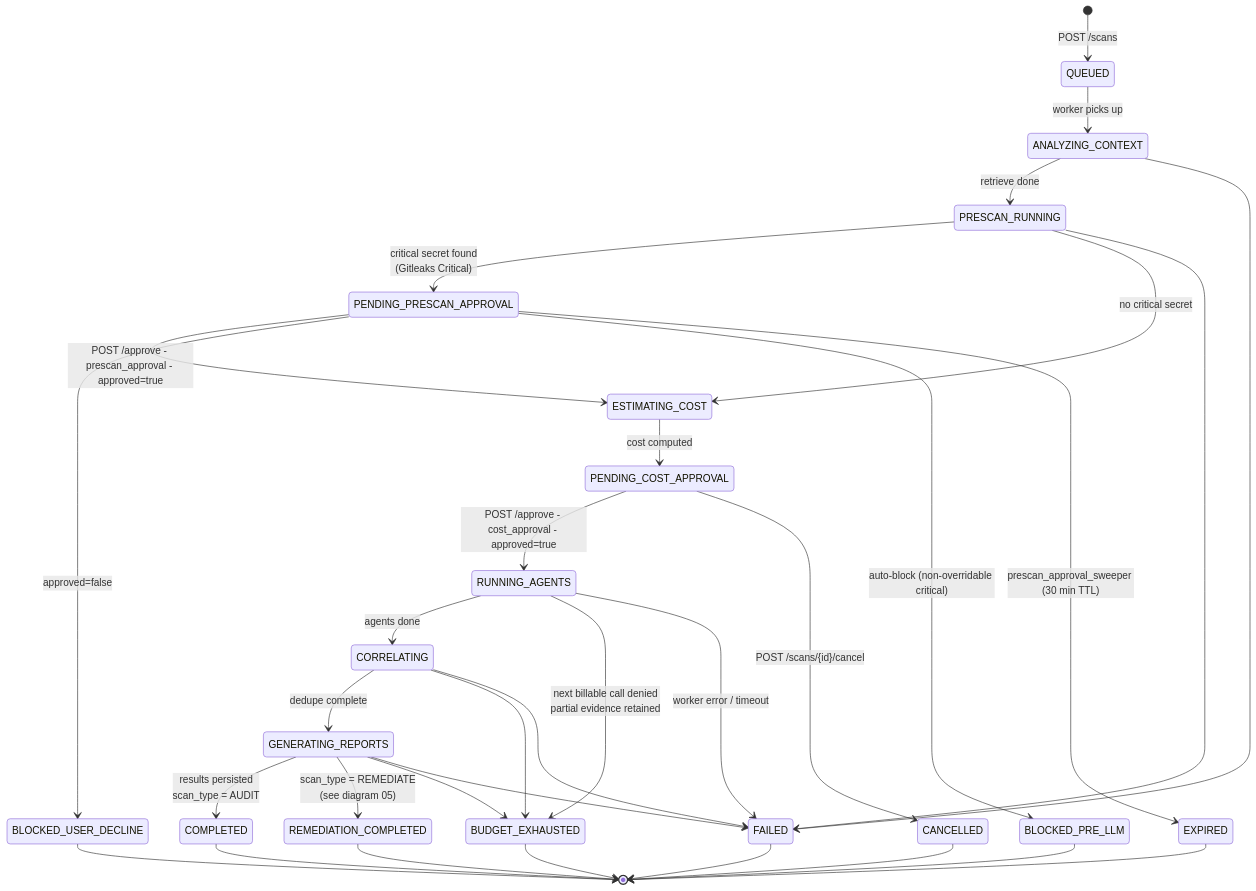
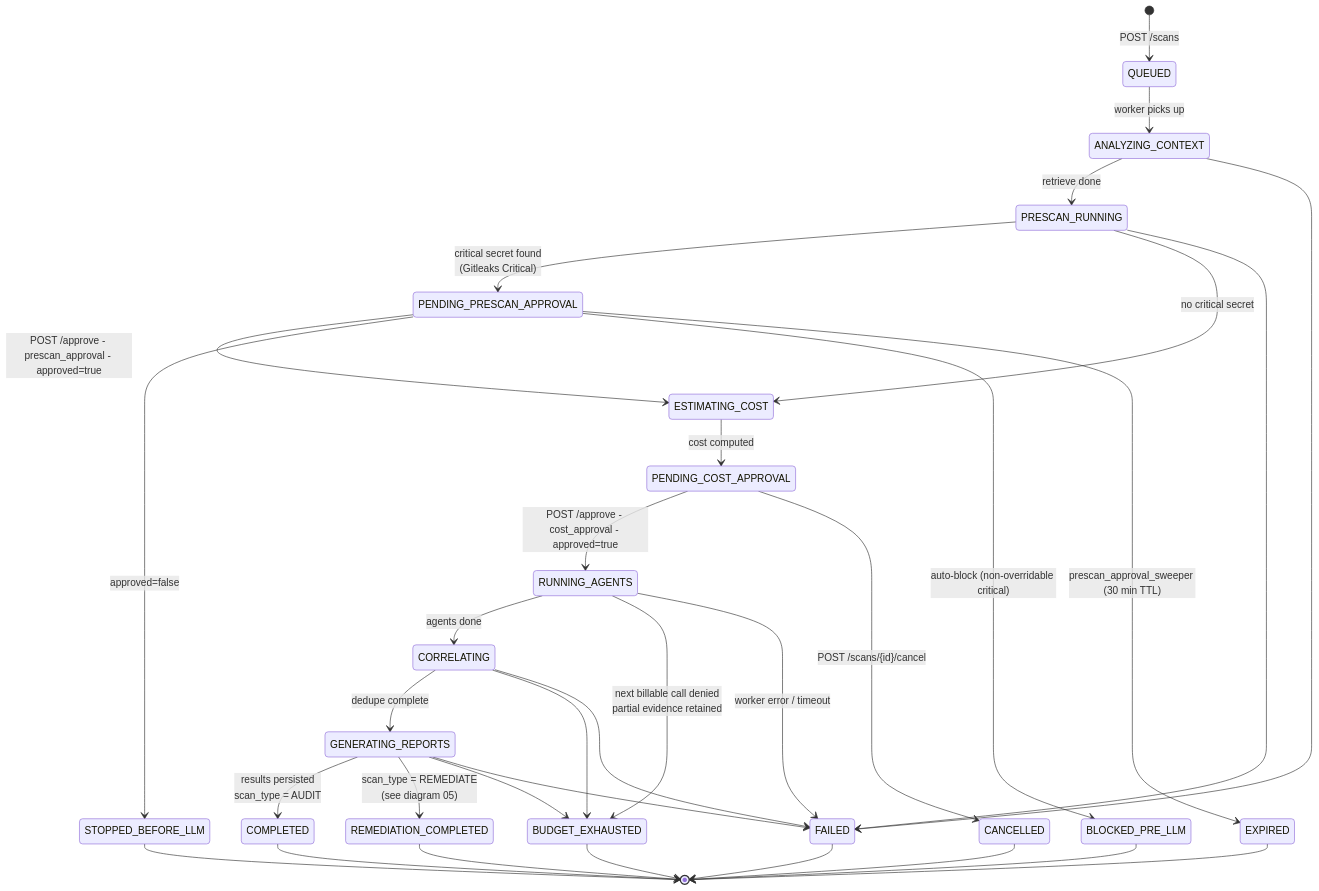
The second of 2 diagrams in docs/docs/architecture/diagrams/04-audit-scan-flow.md (nerdy-krishna/ai-secure-coding-compliance-platform), drawn with Mermaid before and after one commit. The commit also changed other lines of this file and 20 other files, not shown here.

````diff
--- a/docs/docs/architecture/diagrams/04-audit-scan-flow.md
+++ b/docs/docs/architecture/diagrams/04-audit-scan-flow.md
@@ -144,45 +144,45 @@
 ```mermaid
 stateDiagram-v2
     [*] --> QUEUED : POST /scans
 
     QUEUED --> ANALYZING_CONTEXT : worker picks up
     ANALYZING_CONTEXT --> PRESCAN_RUNNING : retrieve done
 
     PRESCAN_RUNNING --> PENDING_PRESCAN_APPROVAL : critical secret found<br/>(Gitleaks Critical)
     PRESCAN_RUNNING --> ESTIMATING_COST : no critical secret
 
     PENDING_PRESCAN_APPROVAL --> ESTIMATING_COST : POST /approve - prescan_approval - approved=true
-    PENDING_PRESCAN_APPROVAL --> BLOCKED_USER_DECLINE : approved=false
+    PENDING_PRESCAN_APPROVAL --> STOPPED_BEFORE_LLM : approved=false
     PENDING_PRESCAN_APPROVAL --> BLOCKED_PRE_LLM : auto-block (non-overridable critical)
     PENDING_PRESCAN_APPROVAL --> EXPIRED : prescan_approval_sweeper (30 min TTL)
 
     ESTIMATING_COST --> PENDING_COST_APPROVAL : cost computed
 
     PENDING_COST_APPROVAL --> RUNNING_AGENTS : POST /approve - cost_approval - approved=true
     PENDING_COST_APPROVAL --> CANCELLED : POST /scans/{id}/cancel
 
     RUNNING_AGENTS --> CORRELATING : agents done
     CORRELATING --> GENERATING_REPORTS : dedupe complete
     GENERATING_REPORTS --> COMPLETED : results persisted<br/>scan_type = AUDIT
 
     GENERATING_REPORTS --> REMEDIATION_COMPLETED : scan_type = REMEDIATE<br/>(see diagram 05)
 
     RUNNING_AGENTS --> BUDGET_EXHAUSTED : next billable call denied<br/>partial evidence retained
     CORRELATING --> BUDGET_EXHAUSTED
     GENERATING_REPORTS --> BUDGET_EXHAUSTED
 
     RUNNING_AGENTS --> FAILED : worker error / timeout
     CORRELATING --> FAILED
     GENERATING_REPORTS --> FAILED
     PRESCAN_RUNNING --> FAILED
     ANALYZING_CONTEXT --> FAILED
 
     COMPLETED --> [*]
     REMEDIATION_COMPLETED --> [*]
     CANCELLED --> [*]
-    BLOCKED_USER_DECLINE --> [*]
+    STOPPED_BEFORE_LLM --> [*]
     BLOCKED_PRE_LLM --> [*]
     EXPIRED --> [*]
     FAILED --> [*]
     BUDGET_EXHAUSTED --> [*]
 ```
````
